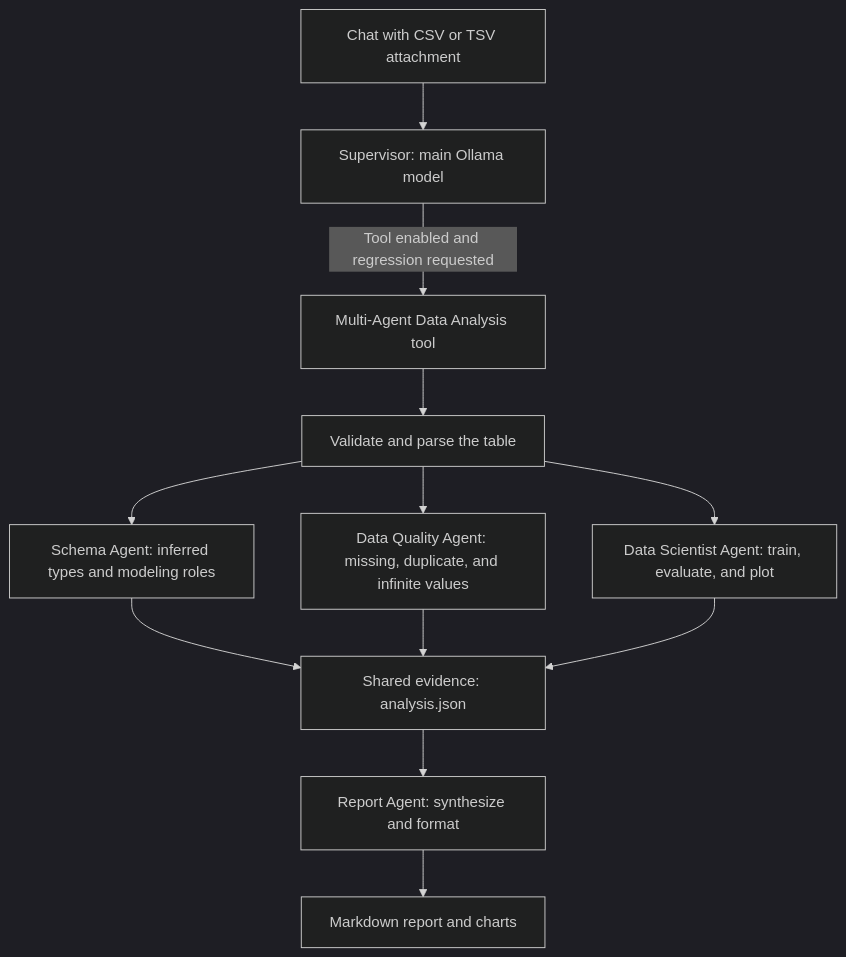
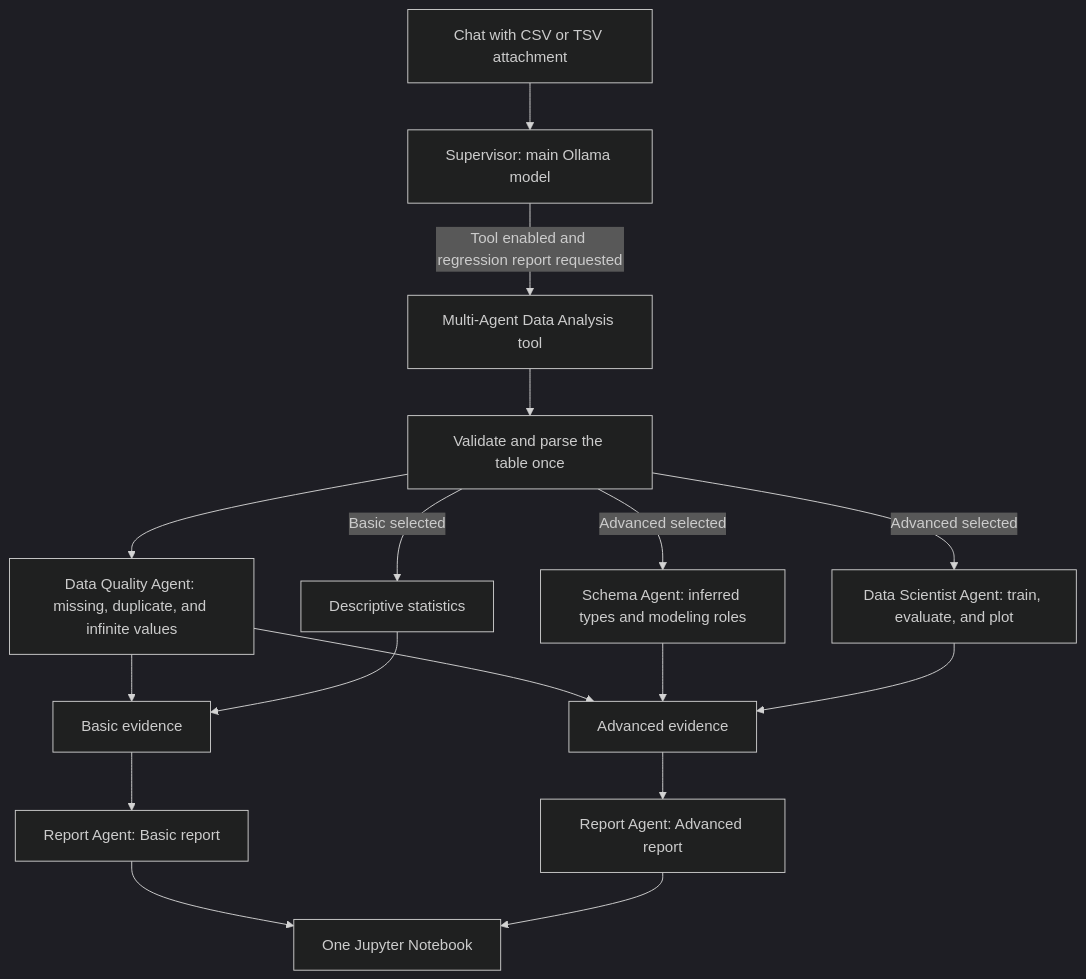
Before and after one commit to pha-oimeice/Kett: the diagram in docs/multi-agent-tool.md, drawn with Mermaid (dark theme). The commit also changed other lines of this file and 18 other files, not shown here.

Commit message:
feat: add analysis report levels and notebook export

````diff
--- a/docs/multi-agent-tool.md
+++ b/docs/multi-agent-tool.md
@@ -5,14 +5,19 @@
 ```mermaid
 flowchart TD
     Chat[Chat with CSV or TSV attachment] --> Supervisor[Supervisor: main Ollama model]
-    Supervisor -->|Tool enabled and regression requested| Tool[Multi-Agent Data Analysis tool]
-    Tool --> Parse[Validate and parse the table]
-    Parse --> Schema[Schema Agent: inferred types and modeling roles]
+    Supervisor -->|Tool enabled and regression report requested| Tool[Multi-Agent Data Analysis tool]
+    Tool --> Parse[Validate and parse the table once]
     Parse --> Quality[Data Quality Agent: missing, duplicate, and infinite values]
-    Parse --> Analysis[Data Scientist Agent: train, evaluate, and plot]
-    Schema --> Evidence[Shared evidence: analysis.json]
-    Quality --> Evidence
-    Analysis --> Evidence
-    Evidence --> Report[Report Agent: synthesize and format]
-    Report --> Markdown[Markdown report and charts]
+    Parse -->|Basic selected| Stats[Descriptive statistics]
+    Parse -->|Advanced selected| Schema[Schema Agent: inferred types and modeling roles]
+    Parse -->|Advanced selected| Analysis[Data Scientist Agent: train, evaluate, and plot]
+    Quality --> Basic[Basic evidence]
+    Stats --> Basic
+    Quality --> Advanced[Advanced evidence]
+    Schema --> Advanced
+    Analysis --> Advanced
+    Basic --> BasicReport[Report Agent: Basic report]
+    Advanced --> AdvancedReport[Report Agent: Advanced report]
+    BasicReport --> Notebook[One Jupyter Notebook]
+    AdvancedReport --> Notebook
 ```
````
